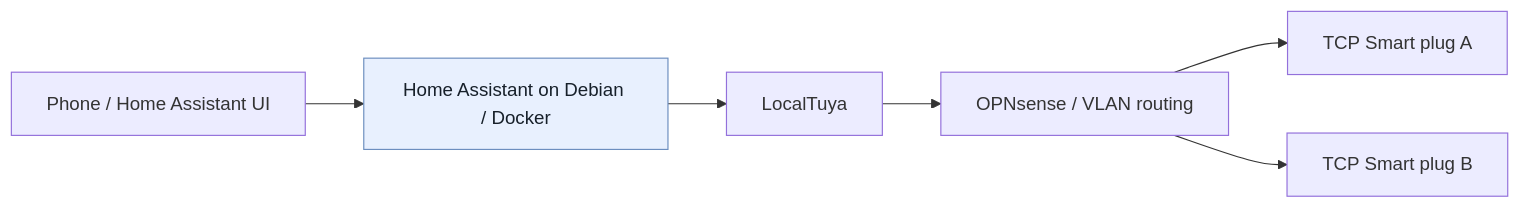
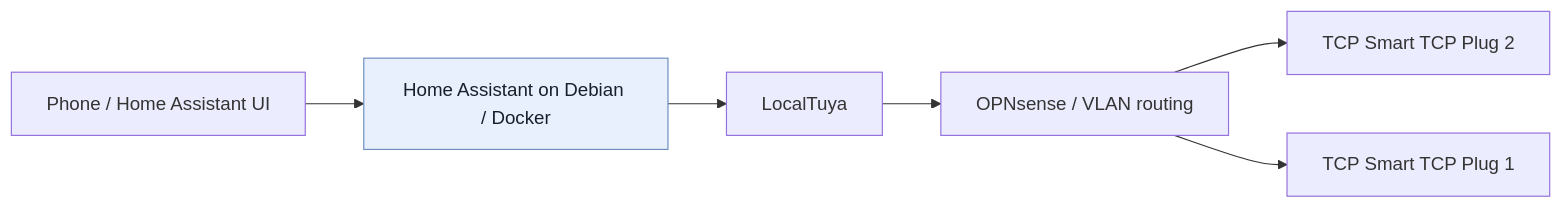
The diagram in README.md (GregoryCarberry/tcp-smart-local-control), drawn with Mermaid before and after one commit. The commit also changed other lines of this file, not shown here.

Commit message:
Standardise TCP Plug 1 / TCP Plug 2 names and source status

````diff
--- a/README.md
+++ b/README.md
@@ -37,9 +37,9 @@
 ```mermaid
 flowchart LR
     Phone[Phone / Home Assistant UI] --> HA[Home Assistant on Debian / Docker]
     HA --> LT[LocalTuya]
     LT --> FW[OPNsense / VLAN routing]
-    FW --> A[TCP Smart plug A]
-    FW --> B[TCP Smart plug B]
+    FW --> A[TCP Smart TCP Plug 2]
+    FW --> B[TCP Smart TCP Plug 1]
     style HA fill:#e8f0fe,stroke:#6c8ebf,color:#17202a
 ```
````
